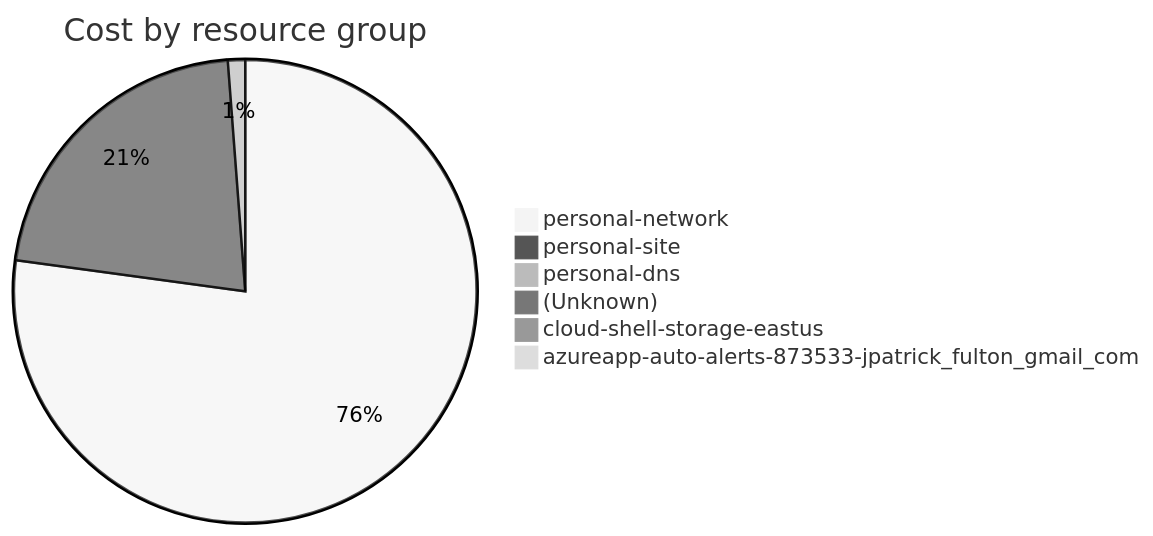
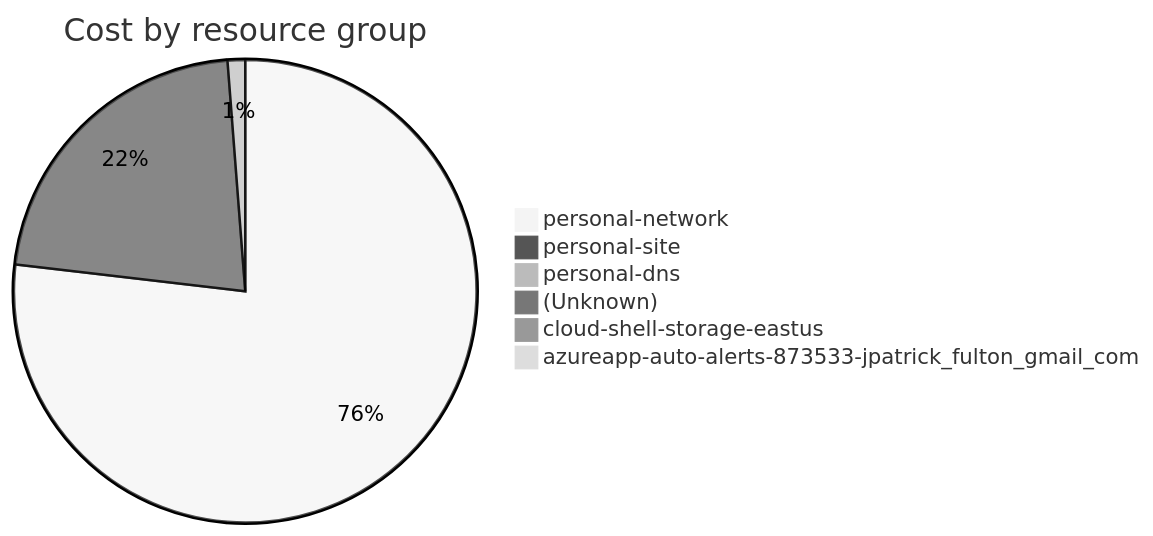
Before and after one commit to jpfulton/azure-personal-reports: the fourth of 4 diagrams in cost-reports/accumulated-cost.md, drawn with Mermaid (neutral theme). The commit also changed other lines of this file and 4 other files, not shown here.

````diff
--- a/cost-reports/accumulated-cost.md
+++ b/cost-reports/accumulated-cost.md
@@ -154,10 +154,10 @@
 ```mermaid
 pie
    title Cost by resource group
-   "personal-network" : 29.46
-   "personal-site" : 8.27
-   "personal-dns" : 0.46
-   "(Unknown)" : 0.33
+   "personal-network" : 30.74
+   "personal-site" : 8.77
+   "personal-dns" : 0.49
+   "(Unknown)" : 0.35
    "cloud-shell-storage-eastus" : 0.15
    "azureapp-auto-alerts-873533-jpatrick_fulton_gmail_com" : 0.00
 ```
````
